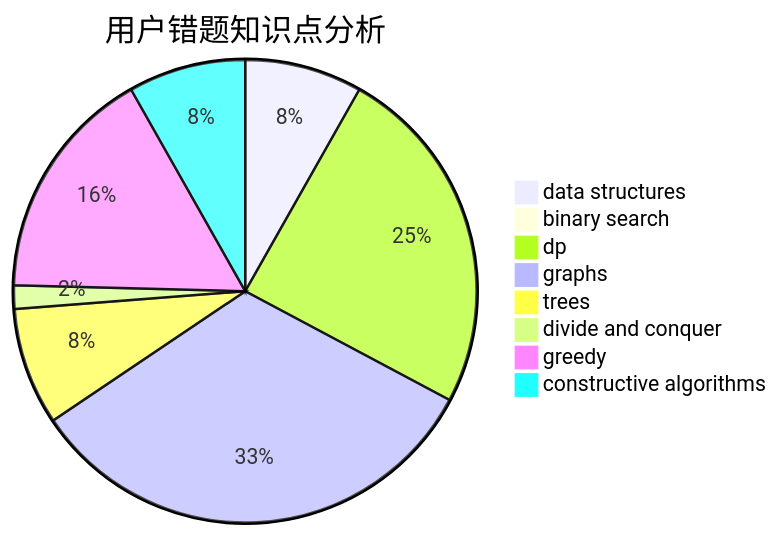
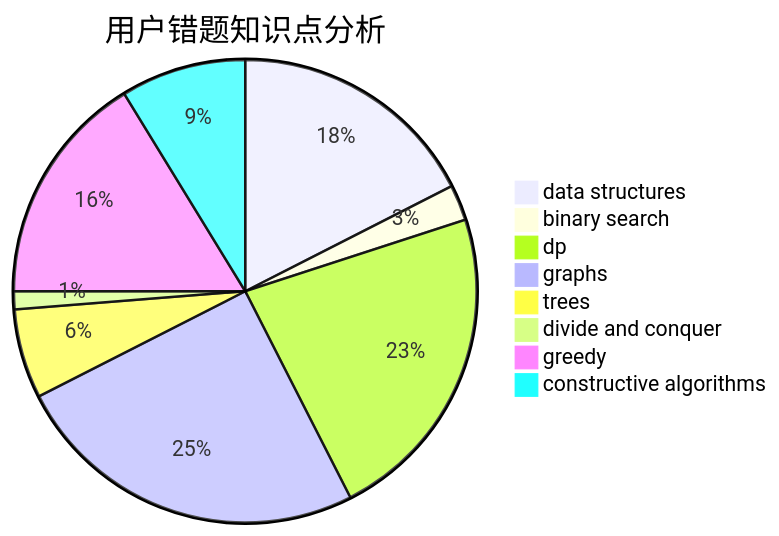
The third of 3 diagrams in docs/user/u923.md (sherpahu/cfrs.github.io), drawn with Mermaid before and after one commit. The commit also changed other lines of this file and 2770 other files, not shown here.

````diff
--- a/docs/user/u923.md
+++ b/docs/user/u923.md
@@ -36,11 +36,11 @@
 ```mermaid
 pie title 用户错题知识点分析
-    "data structures" :  5
-    "binary search" :  0
-    "dp" :  15
+    "data structures" :  14
+    "binary search" :  2
+    "dp" :  18
     "graphs" :  20
     "trees" :  5
     "divide and conquer" :  1
-    "greedy" :  10
-    "constructive algorithms" :  5
+    "greedy" :  13
+    "constructive algorithms" :  7
 ```
````
